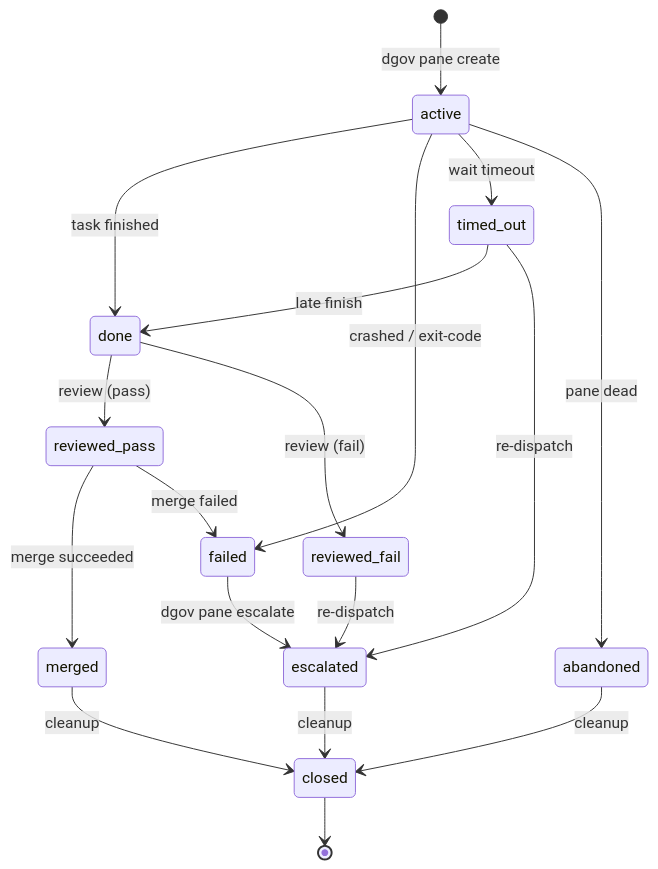
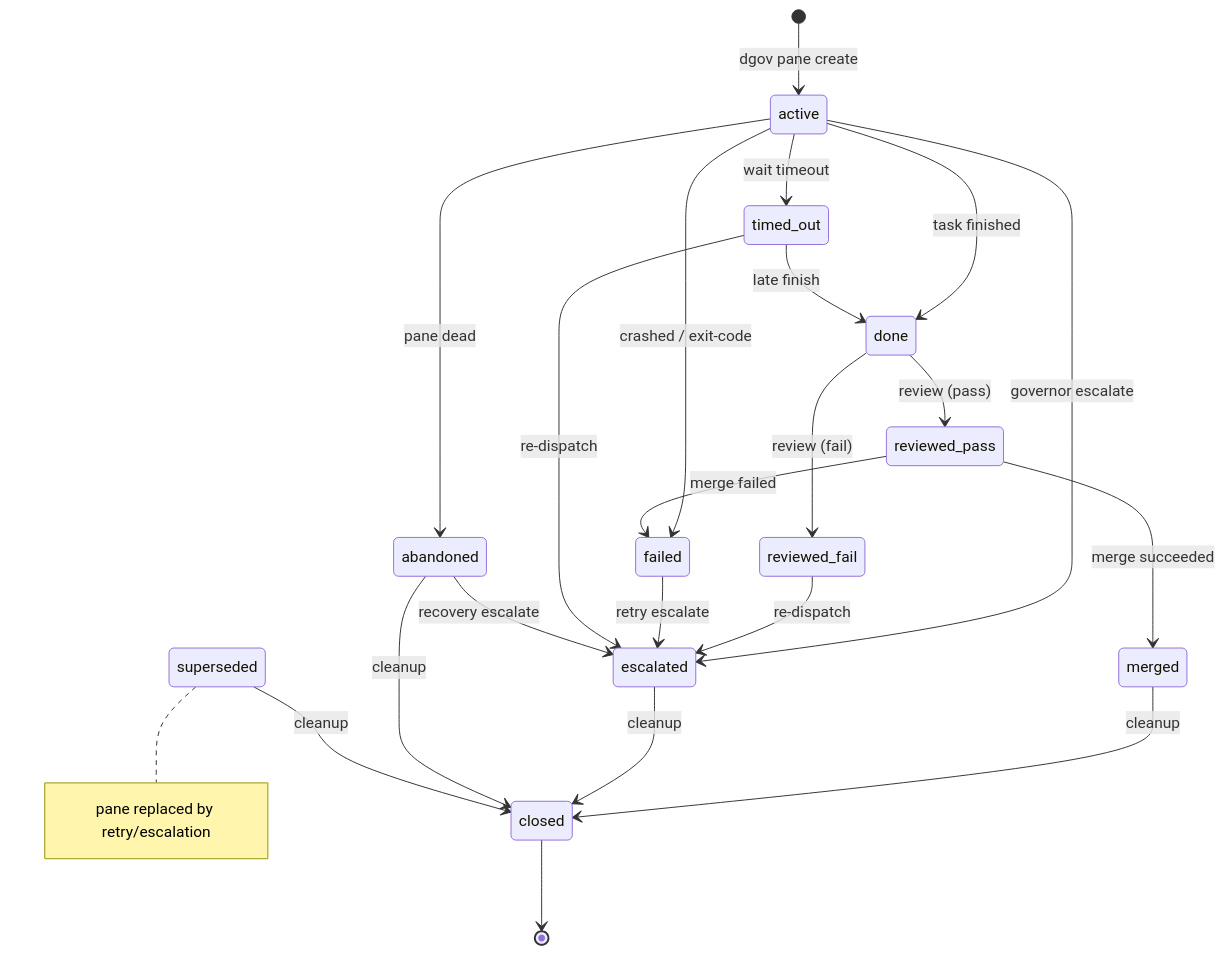
Before and after one commit to jameshgrn/dgov: the diagram in README.md, drawn with Mermaid. The commit also changed other lines of this file, not shown here.

Commit message:
Governor auto-commit before dispatch

````diff
--- a/README.md
+++ b/README.md
@@ -14,26 +14,31 @@
 ```mermaid
 stateDiagram-v2
     [*] --> active: dgov pane create
 
     active --> done: task finished
     active --> failed: crashed / exit-code
     active --> timed_out: wait timeout
     active --> abandoned: pane dead
+    active --> escalated: governor escalate
 
     done --> reviewed_pass: review (pass)
     done --> reviewed_fail: review (fail)
 
     reviewed_pass --> merged: merge succeeded
     reviewed_pass --> failed: merge failed
     reviewed_fail --> escalated: re-dispatch
 
-    failed --> escalated: dgov pane escalate
+    failed --> escalated: retry escalate
     timed_out --> done: late finish
     timed_out --> escalated: re-dispatch
+    abandoned --> escalated: recovery escalate
 
     merged --> closed: cleanup
     escalated --> closed: cleanup
     abandoned --> closed: cleanup
+    superseded --> closed: cleanup
 
     closed --> [*]
+
+    note right of superseded: pane replaced by retry/escalation
 ```
````
